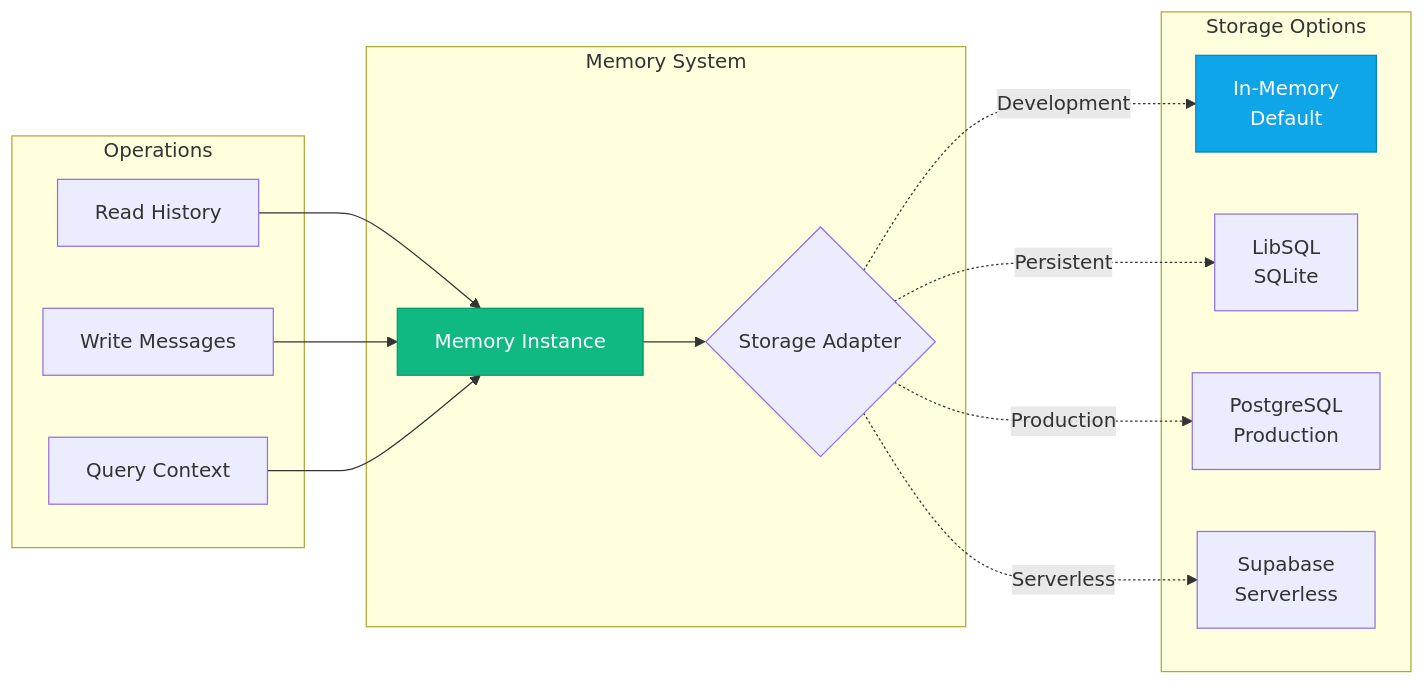
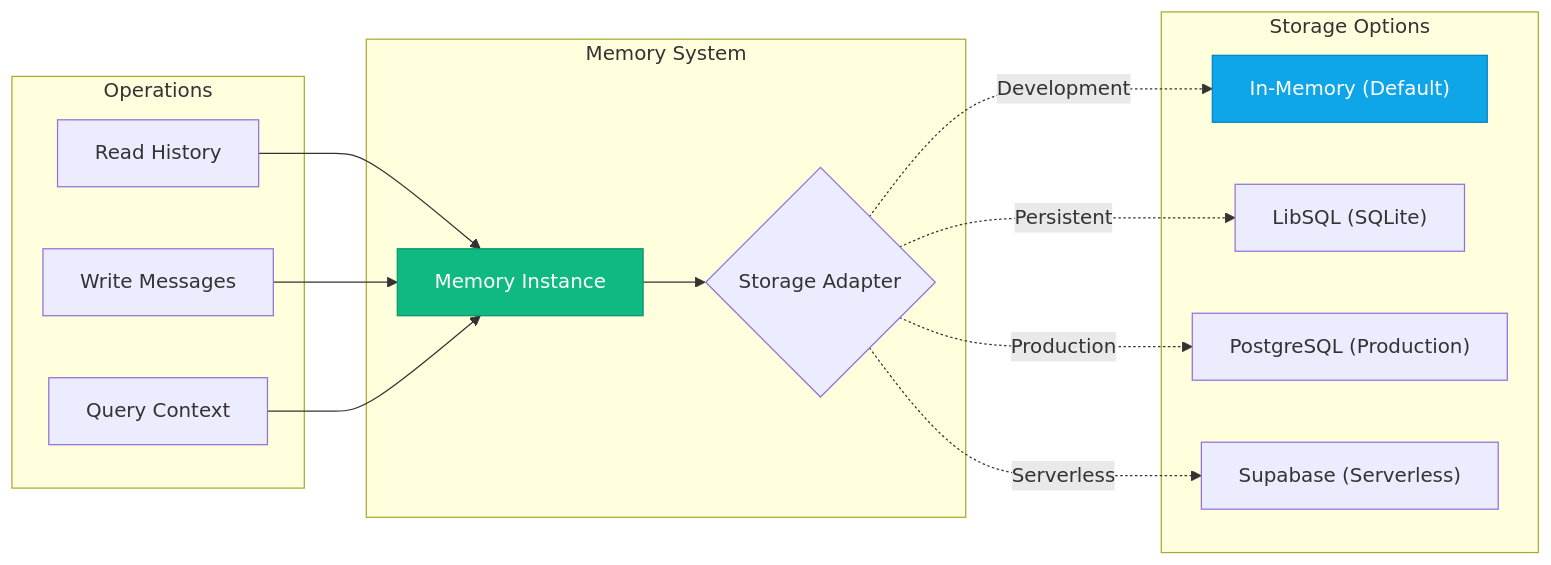
The fifth of 7 diagrams in examples/next-js-chatbot-starter-template/README.md (VoltAgent/voltagent), drawn with Mermaid before and after one commit. The commit also changed other lines of this file, not shown here.

Commit message:
docs: fix mermaid diagram syntax for github rendering

````diff
--- a/examples/next-js-chatbot-starter-template/README.md
+++ b/examples/next-js-chatbot-starter-template/README.md
@@ -459,33 +457,33 @@
 ```mermaid
 graph LR
-    subgraph "Memory System"
+    subgraph Memory["Memory System"]
         MEM[Memory Instance]
         ADAPTER{Storage Adapter}
     end
 
-    subgraph "Storage Options"
-        INMEM[In-Memory<br/>Default]
-        LIBSQL[LibSQL<br/>SQLite]
-        PG[PostgreSQL<br/>Production]
-        SUPA[Supabase<br/>Serverless]
+    subgraph Storage["Storage Options"]
+        INMEM["In-Memory (Default)"]
+        LIBSQL["LibSQL (SQLite)"]
+        PG["PostgreSQL (Production)"]
+        SUPA["Supabase (Serverless)"]
     end
 
-    subgraph "Operations"
+    subgraph Operations["Operations"]
         READ[Read History]
         WRITE[Write Messages]
         QUERY[Query Context]
     end
 
     MEM --> ADAPTER
     ADAPTER -.->|Development| INMEM
     ADAPTER -.->|Persistent| LIBSQL
     ADAPTER -.->|Production| PG
     ADAPTER -.->|Serverless| SUPA
 
     READ --> MEM
     WRITE --> MEM
     QUERY --> MEM
 
     style MEM fill:#10b981,stroke:#059669,color:#fff
     style INMEM fill:#0ea5e9,stroke:#0284c7,color:#fff
 ```
````
